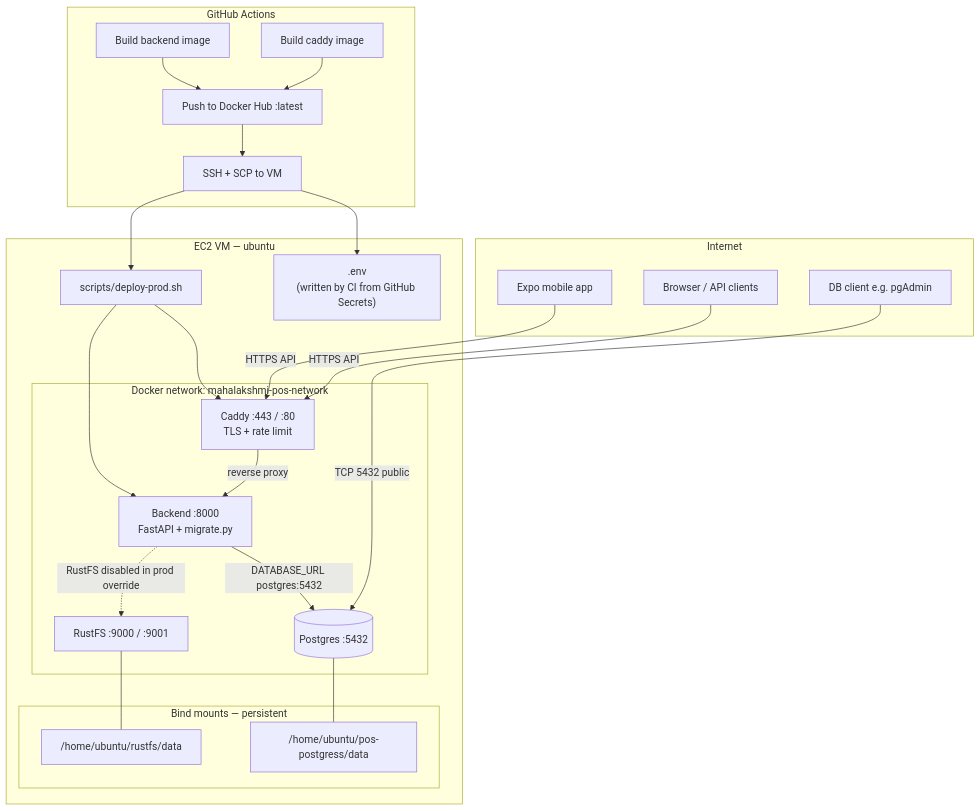
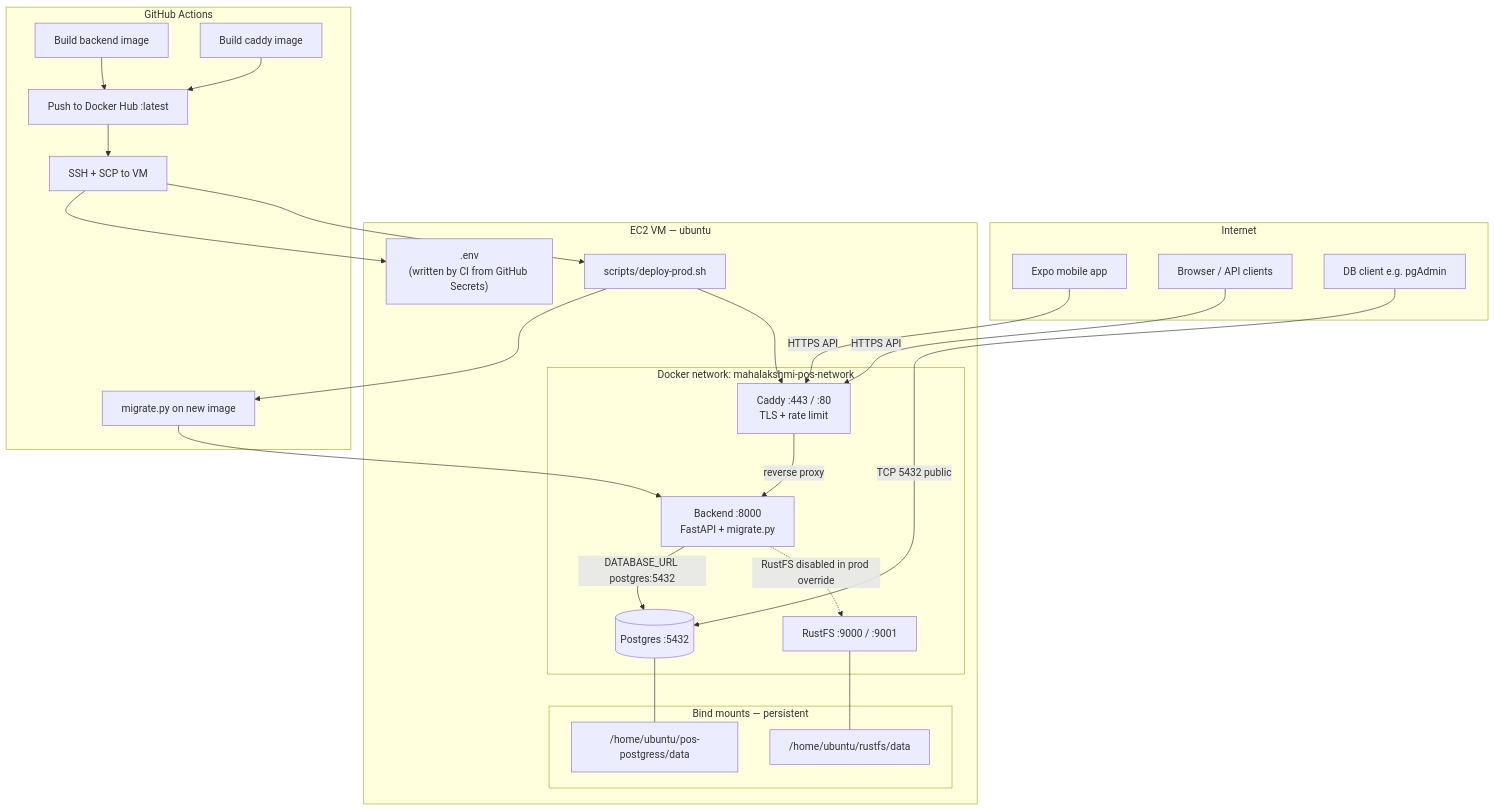
One commit to durozen-technologies/Duro_POS changed the diagram in README.md. Above: the diagram before and after it, drawn with Mermaid. The commit also changed other lines of this file and 8 other files, not shown here.

````diff
--- a/README.md
+++ b/README.md
@@ -142,50 +143,52 @@
 ```mermaid
 flowchart TB
   subgraph internet [Internet]
     Mobile[Expo mobile app]
     Admin[Browser / API clients]
     DBA[DB client e.g. pgAdmin]
   end
 
   subgraph ec2 [EC2 VM — ubuntu]
     subgraph network [Docker network: mahalakshmi-pos-network]
       Caddy[Caddy :443 / :80\nTLS + rate limit]
       Backend[Backend :8000\nFastAPI + migrate.py]
       Postgres[(Postgres :5432)]
       RustFS[RustFS :9000 / :9001]
     end
 
     subgraph host_mounts [Bind mounts — persistent]
       PGData["/home/ubuntu/pos-postgress/data"]
       RFData["/home/ubuntu/rustfs/data"]
     end
 
     EnvFile[".env\n(written by CI from GitHub Secrets)"]
     DeployScript["scripts/deploy-prod.sh"]
   end
 
   subgraph cicd [GitHub Actions]
     BuildBE[Build backend image]
     BuildCaddy[Build caddy image]
     Push[Push to Docker Hub :latest]
     SSHDeploy[SSH + SCP to VM]
+    Migrate[migrate.py on new image]
   end
 
   Mobile -->|HTTPS API| Caddy
   Admin -->|HTTPS API| Caddy
   Caddy -->|reverse proxy| Backend
   Backend -->|DATABASE_URL postgres:5432| Postgres
   Backend -.->|RustFS disabled in prod override| RustFS
   DBA -->|TCP 5432 public| Postgres
 
   Postgres --- PGData
   RustFS --- RFData
 
   BuildBE --> Push
   BuildCaddy --> Push
   Push --> SSHDeploy
   SSHDeploy --> EnvFile
   SSHDeploy --> DeployScript
+  DeployScript --> Migrate
+  Migrate --> Backend
   DeployScript --> Caddy
-  DeployScript --> Backend
 ```
````
